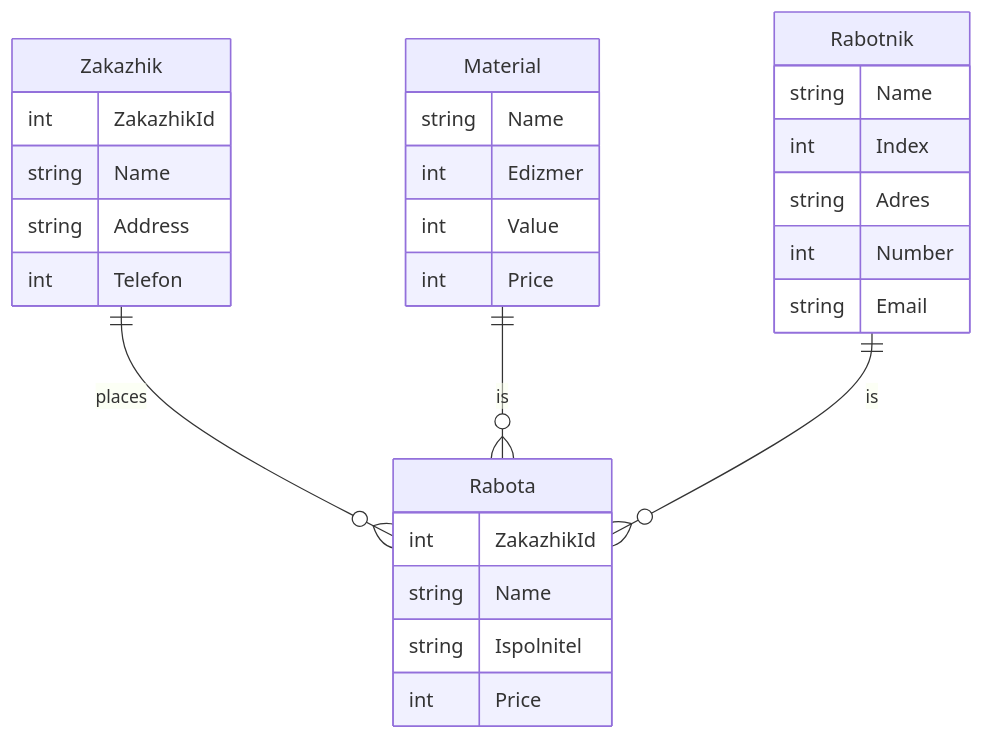
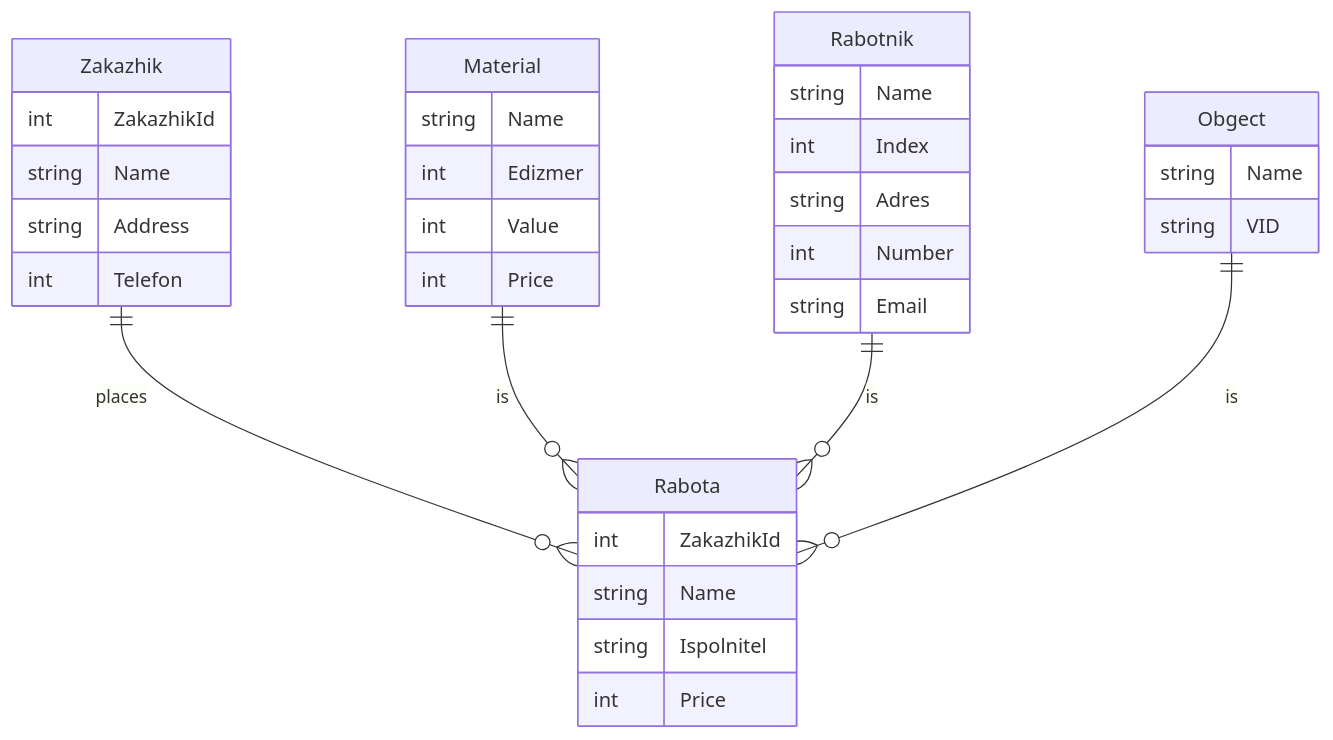
Before and after one commit to Dr4mple/Stroyka: the diagram in README.md, drawn with Mermaid.

````diff
--- a/README.md
+++ b/README.md
@@ -9,32 +9,37 @@
 ```mermaid
 erDiagram
     Zakazhik ||--o{ Rabota : places
     Zakazhik {
         int ZakazhikId
         string Name
         string Address
         int Telefon
     }
   
     Rabota {
         int ZakazhikId
         string Name
         string Ispolnitel
         int Price
     }
   Material ||--o{ Rabota: is
     Material {
         string Name
         int Edizmer
         int Value
         int Price
     }
  Rabotnik ||--o{ Rabota: is
   Rabotnik {
     string Name
     int Index
     string Adres
     int Number
     string Email
    }
+    Obgect ||--o{ Rabota: is
+  Obgect {
+    string Name
+    string VID
+}
 ```
````
